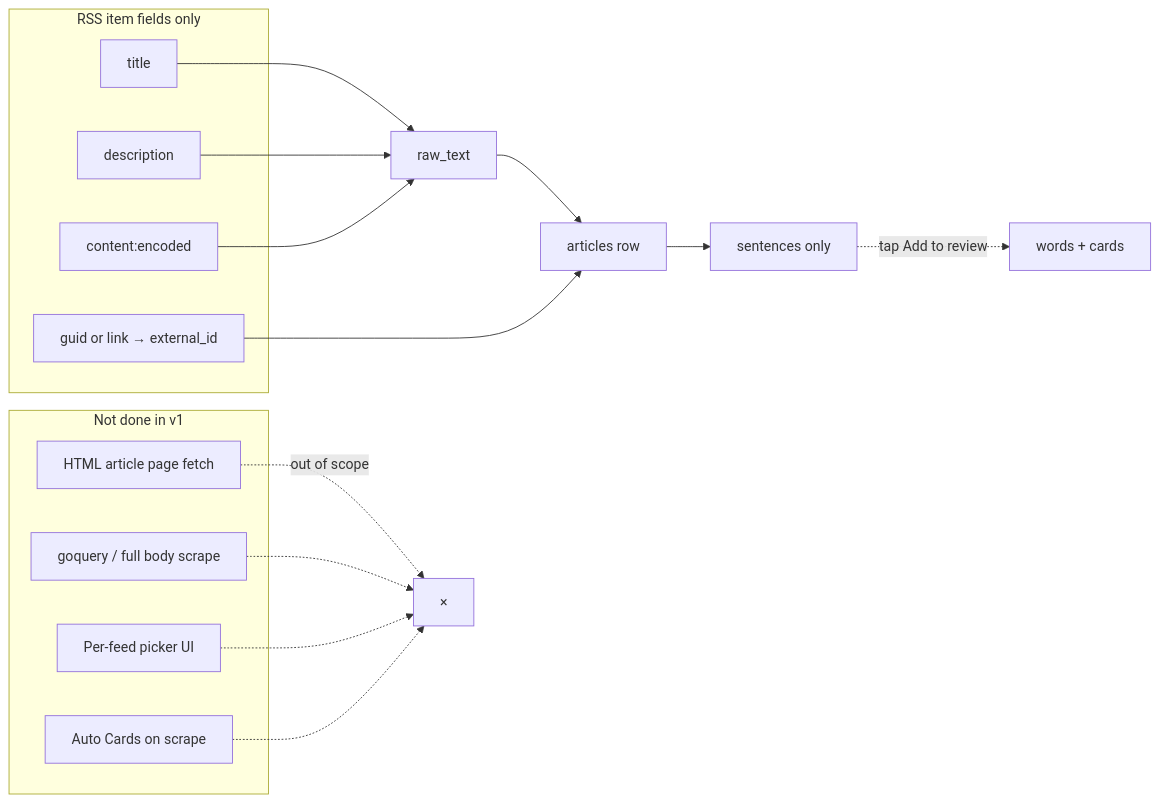
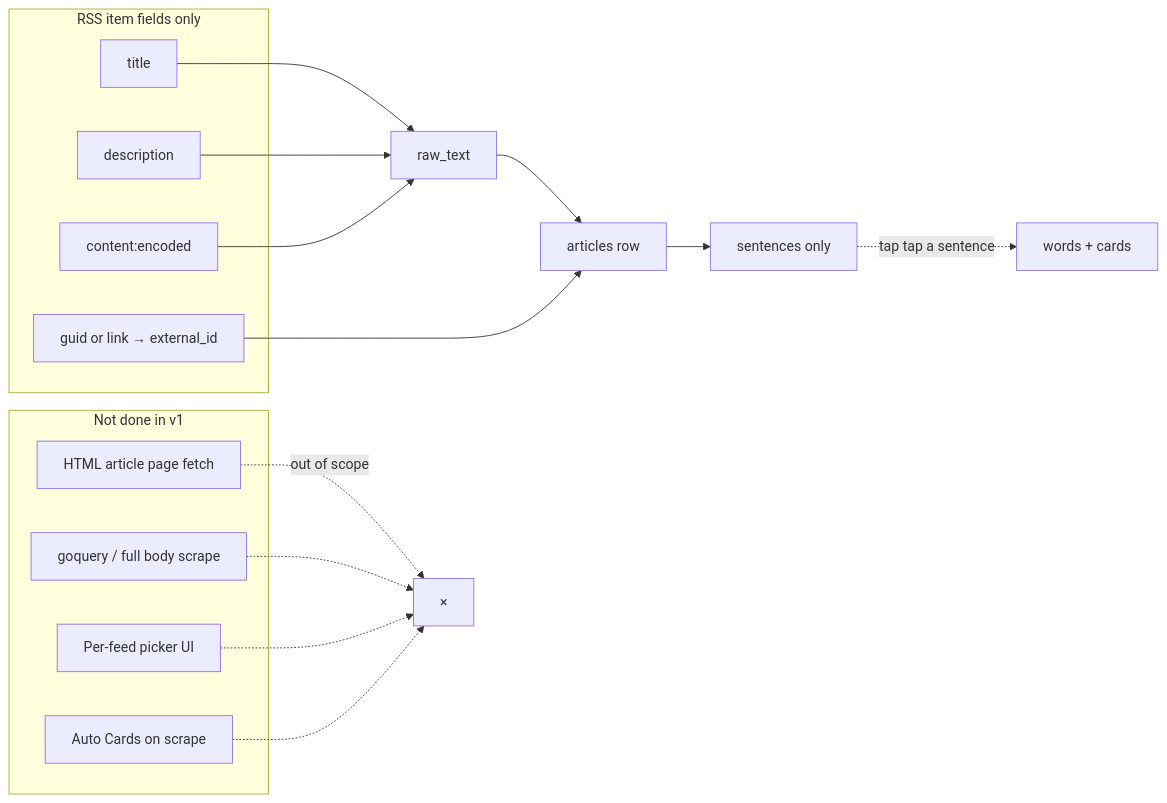
The fourth of 7 diagrams in README.md (rikiisworking/jkrt), drawn with Mermaid before and after one commit. The commit also changed other lines of this file and 37 other files, not shown here.

First line of the commit message:
feat: N2+ extract filter, tap sentences, drop NHK Easy, fix review freeze

````diff
--- a/README.md
+++ b/README.md
@@ -143,29 +142,29 @@
 ```mermaid
 flowchart LR
   subgraph rss [RSS item fields only]
     T[title]
     D[description]
     C[content:encoded]
     G[guid or link → external_id]
   end
 
   subgraph not [Not done in v1]
     H[HTML article page fetch]
     GQ[goquery / full body scrape]
     SEL[Per-feed picker UI]
     AUTO[Auto Cards on scrape]
   end
 
   T --> RT[raw_text]
   D --> RT
   C --> RT
   RT --> Art[articles row]
   G --> Art
   Art --> Sent[sentences only]
-  Sent -.->|tap Add to review| Words[words + cards]
+  Sent -.->|tap tap a sentence| Words[words + cards]
 
   H -.->|out of scope| X[×]
   GQ -.-> X
   SEL -.-> X
   AUTO -.-> X
 ```
````
